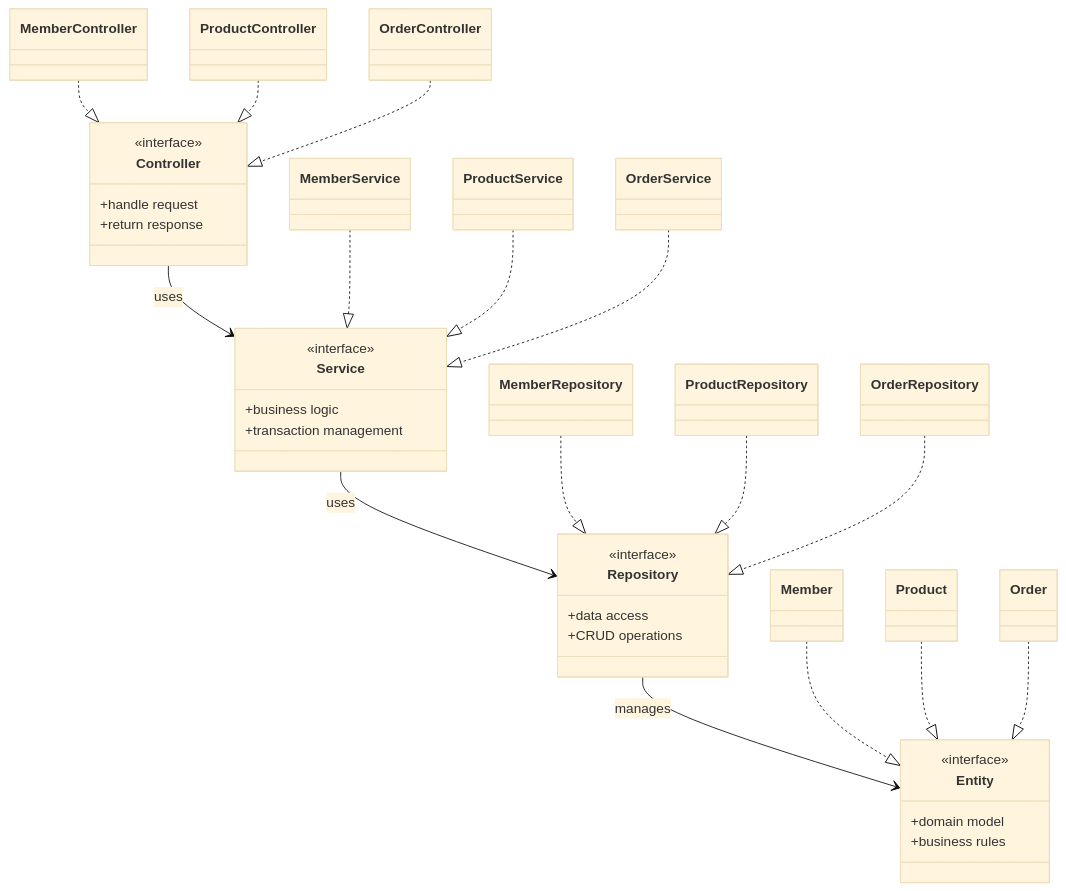
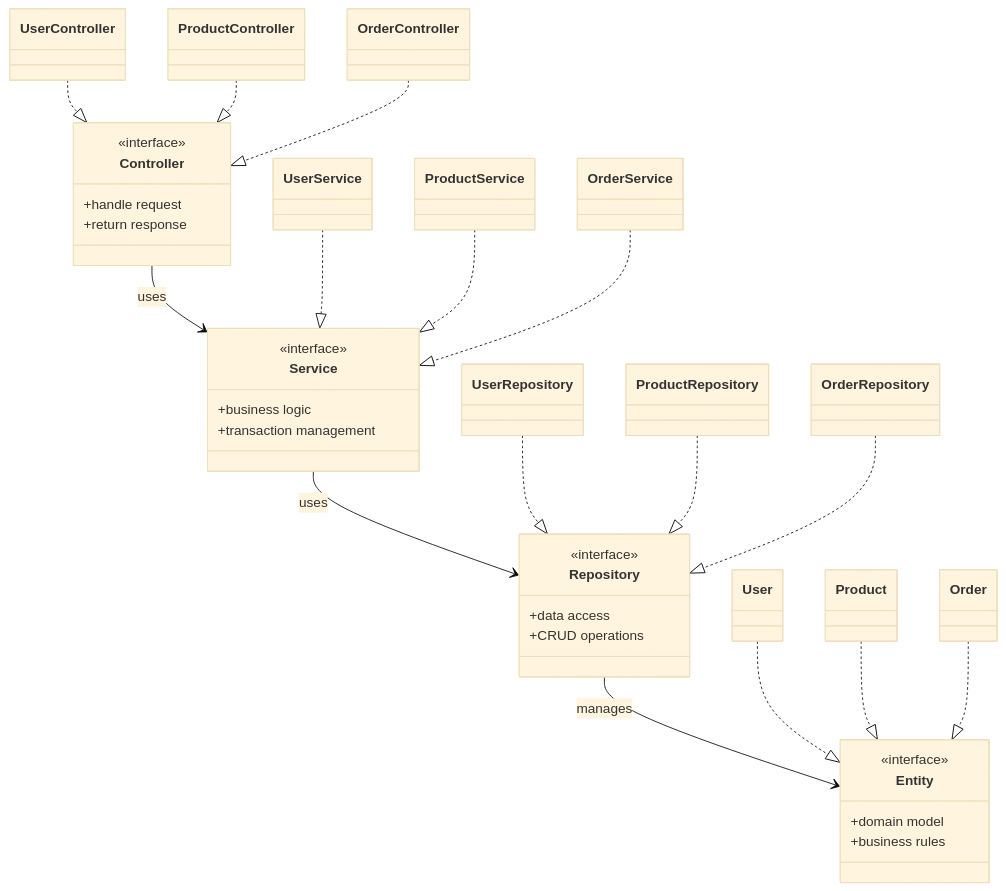
One commit to yht0827/my-commerce changed the eighth of 8 diagrams in docs/03-class-diagrams.md. Above: the diagram before and after it, drawn with Mermaid (base theme). The commit also changed other lines of this file and 25 other files, not shown here.

````diff
--- a/docs/03-class-diagrams.md
+++ b/docs/03-class-diagrams.md
@@ -468,64 +467,64 @@
 ```mermaid
 classDiagram
     direction TB
 
     class Controller {
         <<interface>>
         +handle request
         +return response
     }
 
     class Service {
         <<interface>>
         +business logic
         +transaction management
     }
 
     class Repository {
         <<interface>>
         +data access
         +CRUD operations
     }
 
     class Entity {
         <<interface>>
         +domain model
         +business rules
     }
 
     Controller --> Service : uses
     Service --> Repository : uses
     Repository --> Entity : manages
 
-    class MemberController
+    class UserController
     class ProductController
     class OrderController
 
-    class MemberService
+    class UserService
     class ProductService
     class OrderService
 
-    class MemberRepository
+    class UserRepository
     class ProductRepository
     class OrderRepository
 
-    class Member
+    class User
     class Product
     class Order
 
-    MemberController ..|> Controller
+    UserController ..|> Controller
     ProductController ..|> Controller
     OrderController ..|> Controller
 
-    MemberService ..|> Service
+    UserService ..|> Service
     ProductService ..|> Service
     OrderService ..|> Service
 
-    MemberRepository ..|> Repository
+    UserRepository ..|> Repository
     ProductRepository ..|> Repository
     OrderRepository ..|> Repository
 
-    Member ..|> Entity
+    User ..|> Entity
     Product ..|> Entity
     Order ..|> Entity
 ```
````
